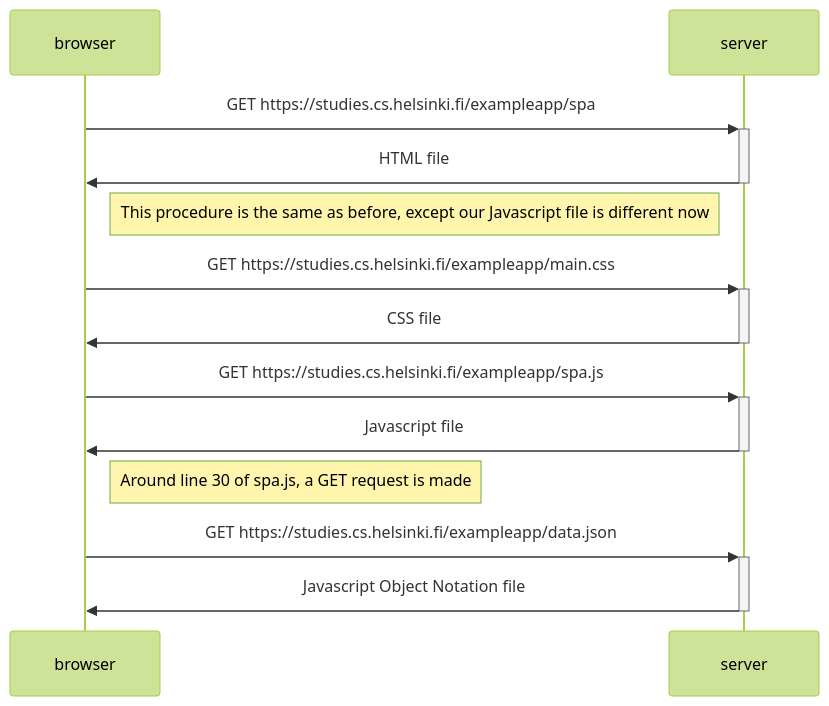
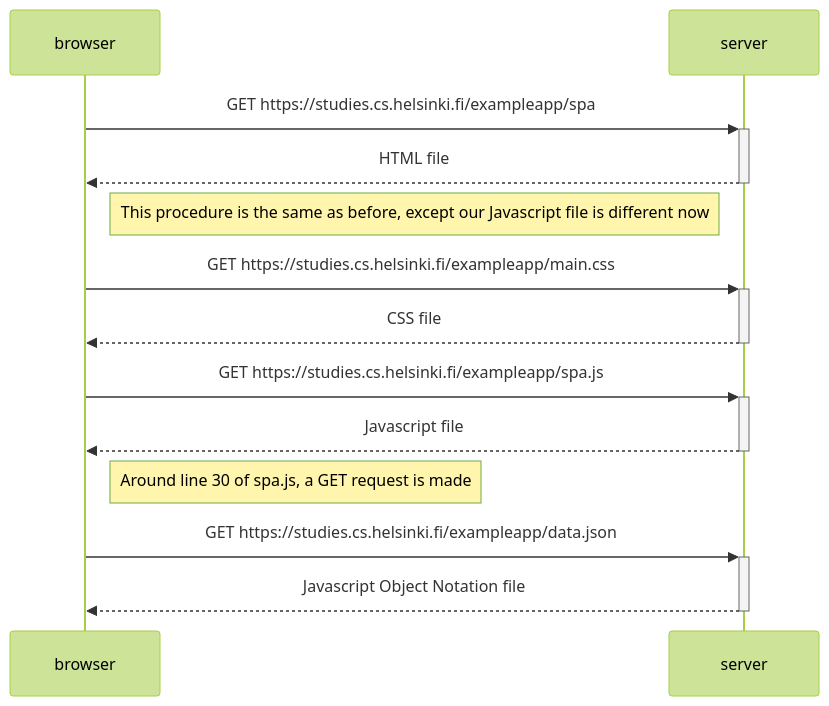
Before and after one commit to policiacaro/UoH-part-0: the diagram in Single Page App Diagram.md, drawn with Mermaid (forest theme).

Commit message:
Update Single Page App Diagram.md

````diff
--- a/Single Page App Diagram.md
+++ b/Single Page App Diagram.md
@@ -6,16 +6,16 @@
 ```mermaid
 sequenceDiagram
   participant browser
   participant server
   
   browser->>+server: GET https://studies.cs.helsinki.fi/exampleapp/spa
-  server->>-browser: HTML file
+  server-->>-browser: HTML file
   note right of browser: This procedure is the same as before, except our Javascript file is different now
   browser->>+server: GET https://studies.cs.helsinki.fi/exampleapp/main.css
-  server->>-browser: CSS file
+  server-->>-browser: CSS file
   browser->>+server: GET https://studies.cs.helsinki.fi/exampleapp/spa.js
-  server->>-browser: Javascript file
+  server-->>-browser: Javascript file
   note right of browser: Around line 30 of spa.js, a GET request is made
   browser->>+server: GET https://studies.cs.helsinki.fi/exampleapp/data.json
-  server->>-browser: Javascript Object Notation file
+  server-->>-browser: Javascript Object Notation file
 ```
````
